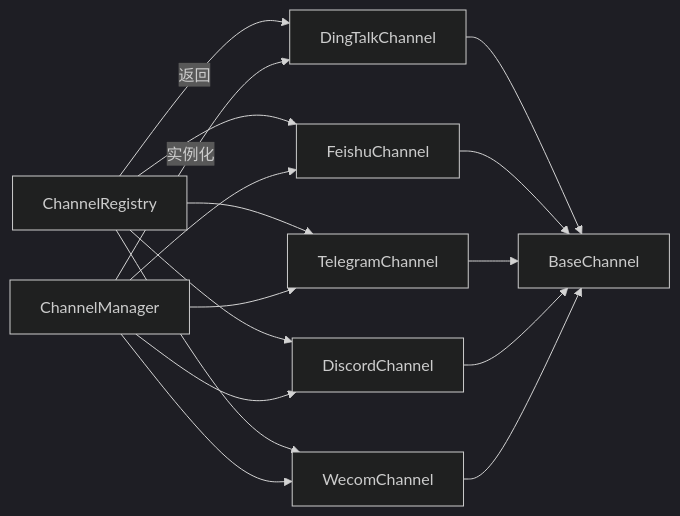
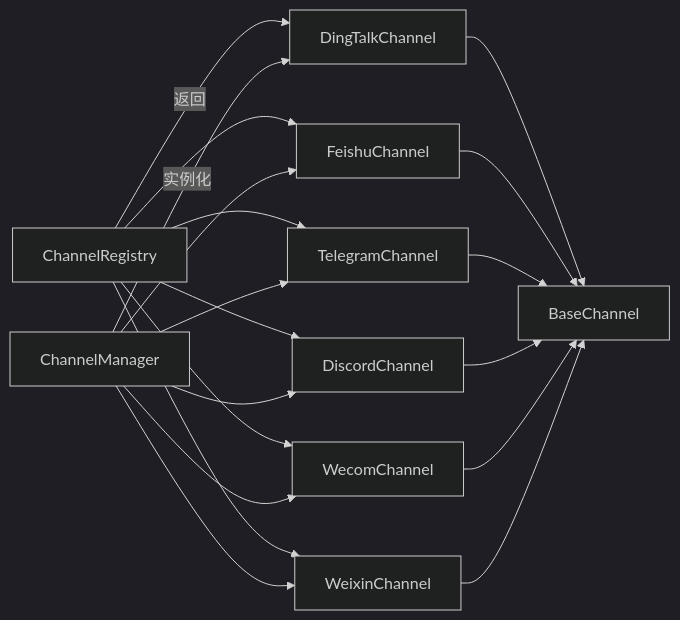
Before and after one commit to livehl/CoPaw: the ninth of 9 diagrams in .qoder/repowiki/zh/content/后端核心模块/渠道适配器系统/多平台实现/多平台实现.md, drawn with Mermaid (dark theme). The commit also changed other lines of this file and 12 other files, not shown here.

````diff
--- a/.qoder/repowiki/zh/content/后端核心模块/渠道适配器系统/多平台实现/多平台实现.md
+++ b/.qoder/repowiki/zh/content/后端核心模块/渠道适配器系统/多平台实现/多平台实现.md
@@ -326,18 +386,21 @@
 ```mermaid
 graph LR
 Registry["ChannelRegistry"] --> |返回| DT["DingTalkChannel"]
 Registry --> FS["FeishuChannel"]
 Registry --> TG["TelegramChannel"]
 Registry --> DC["DiscordChannel"]
 Registry --> WC["WecomChannel"]
+Registry --> WX["WeixinChannel"]
 Manager["ChannelManager"] --> |实例化| DT
 Manager --> FS
 Manager --> TG
 Manager --> DC
 Manager --> WC
+Manager --> WX
 DT --> Base["BaseChannel"]
 FS --> Base
 TG --> Base
 DC --> Base
 WC --> Base
+WX --> Base
 ```
````
